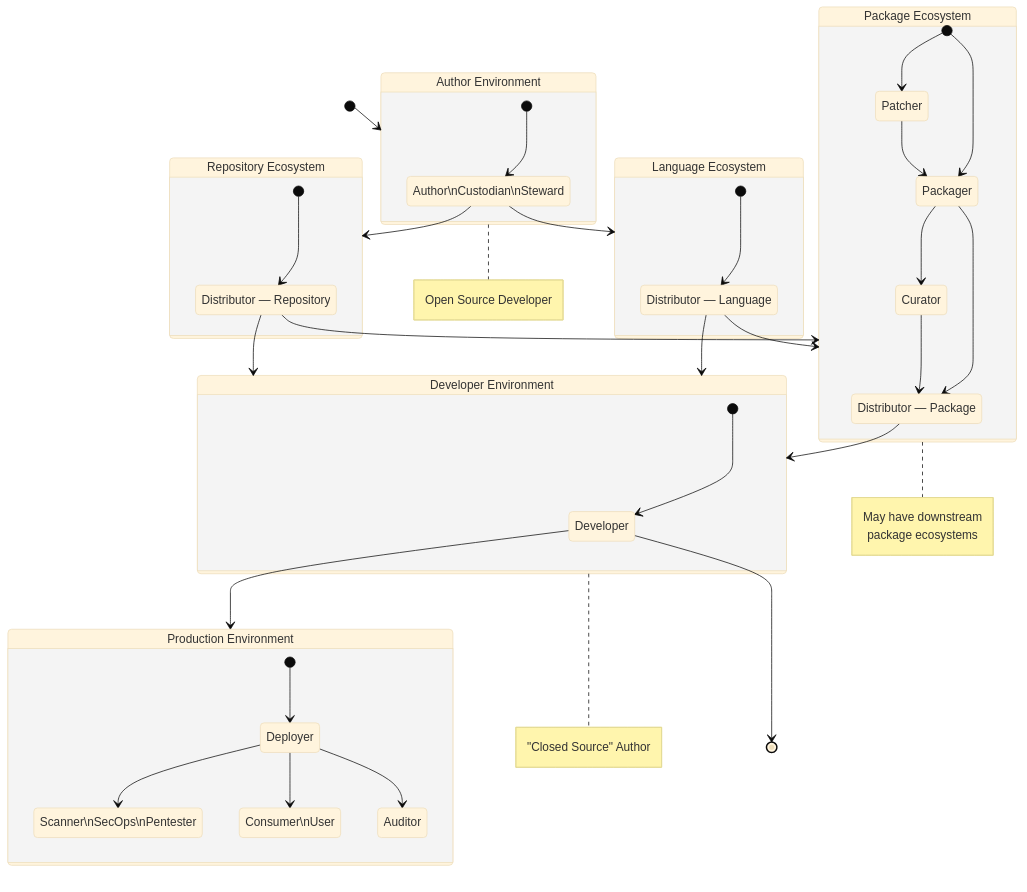
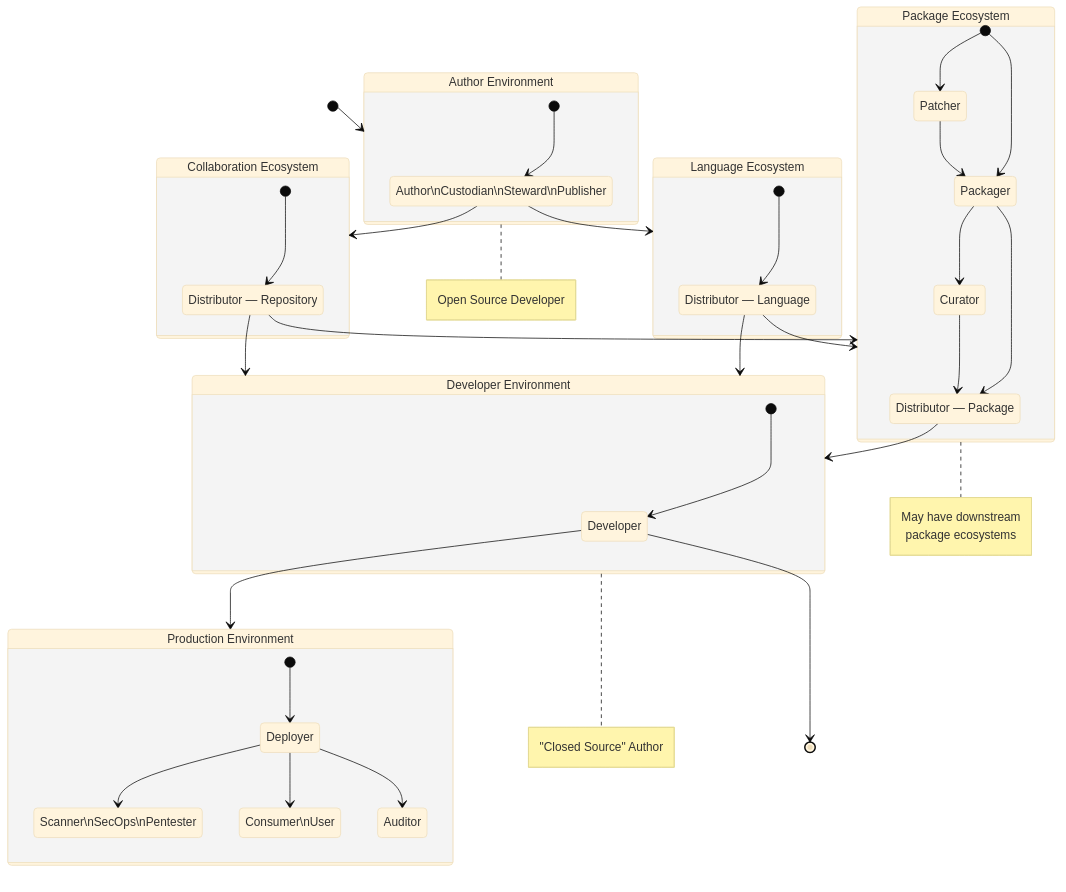
One commit to CPAN-Security/security.metacpan.org changed the diagram in docs/CPAN-supplychain-full.md. Above: the diagram before and after it, drawn with Mermaid (base theme). The commit also changed other lines of this file and 16 other files, not shown here.

````diff
--- a/docs/CPAN-supplychain-full.md
+++ b/docs/CPAN-supplychain-full.md
@@ -3,80 +3,80 @@
 ```mermaid
 stateDiagram-v2
-    state "Author\nCustodian\nSteward" as author
+    state "Author\nCustodian\nSteward\nPublisher" as author
     state "Distributor — Repository" as distributor_repo 
     state "Distributor — Language" as distributor_lang 
     state "Distributor — Package" as distributor_package
     state "Patcher" as patcher
     state "Packager" as packager
     state "Curator" as curator
     state "Developer" as developer
     state "Deployer" as deployer
     state "Scanner\nSecOps\nPentester" as scanner
     state "Consumer\nUser" as consumer
     state "Auditor" as auditor
 
 	[*] --> ecosystem_author
 
 	state "Author Environment" as ecosystem_author {
     	[*] --> author
     }
 
     author --> ecosystem_repo
     author --> ecosystem_lang
 
 	note right of ecosystem_author
 		Open Source Developer
 	end note
 
     state "Language Ecosystem" as ecosystem_lang {
     	[*] --> distributor_lang
     }
 
 	distributor_lang --> ecosystem_developer
 	distributor_lang --> ecosystem_package
 
-	state "Repository Ecosystem" as ecosystem_repo {
+	state "Collaboration Ecosystem" as ecosystem_repo {
 		[*] --> distributor_repo
 	}
 
    	distributor_repo --> ecosystem_package
     distributor_repo --> ecosystem_developer
 
 	state "Package Ecosystem" as ecosystem_package {
 		[*] --> patcher
 		[*] --> packager
     	patcher --> packager
     	packager --> curator
     	packager --> distributor_package
     	curator --> distributor_package
 	}
 
 	note right of ecosystem_package
 		May have downstream
 		package ecosystems
 	end note
 
     distributor_package --> ecosystem_developer
 
 	state "Developer Environment" as ecosystem_developer {
 		[*] --> developer
 	}
 
 	note right of ecosystem_developer
 		"Closed Source" Author
 	end note
 
     developer --> ecosystem_prod
 
 	state "Production Environment" as ecosystem_prod {
 		[*] --> deployer
     	deployer --> scanner
     	deployer --> consumer
     	deployer --> auditor
 
 	}
 
     developer --> [*]
 
 
 ```
````
